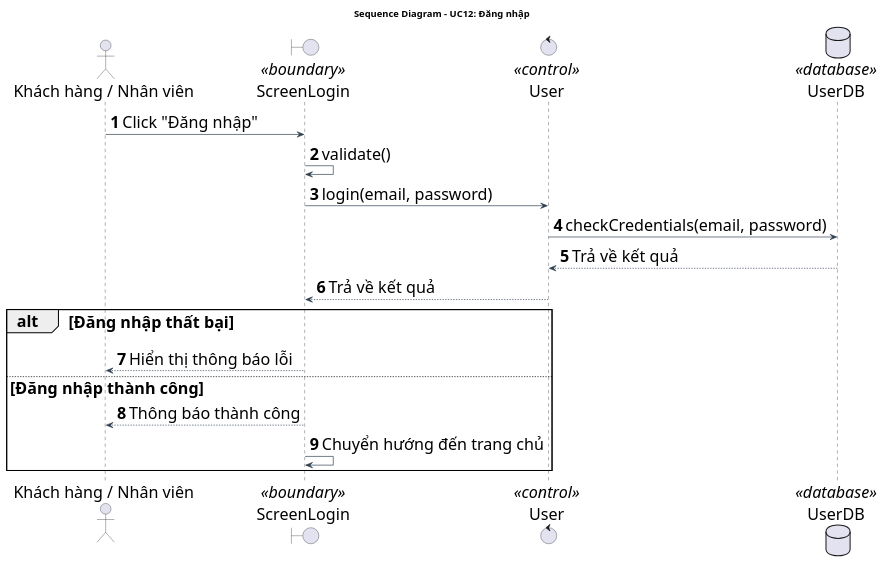
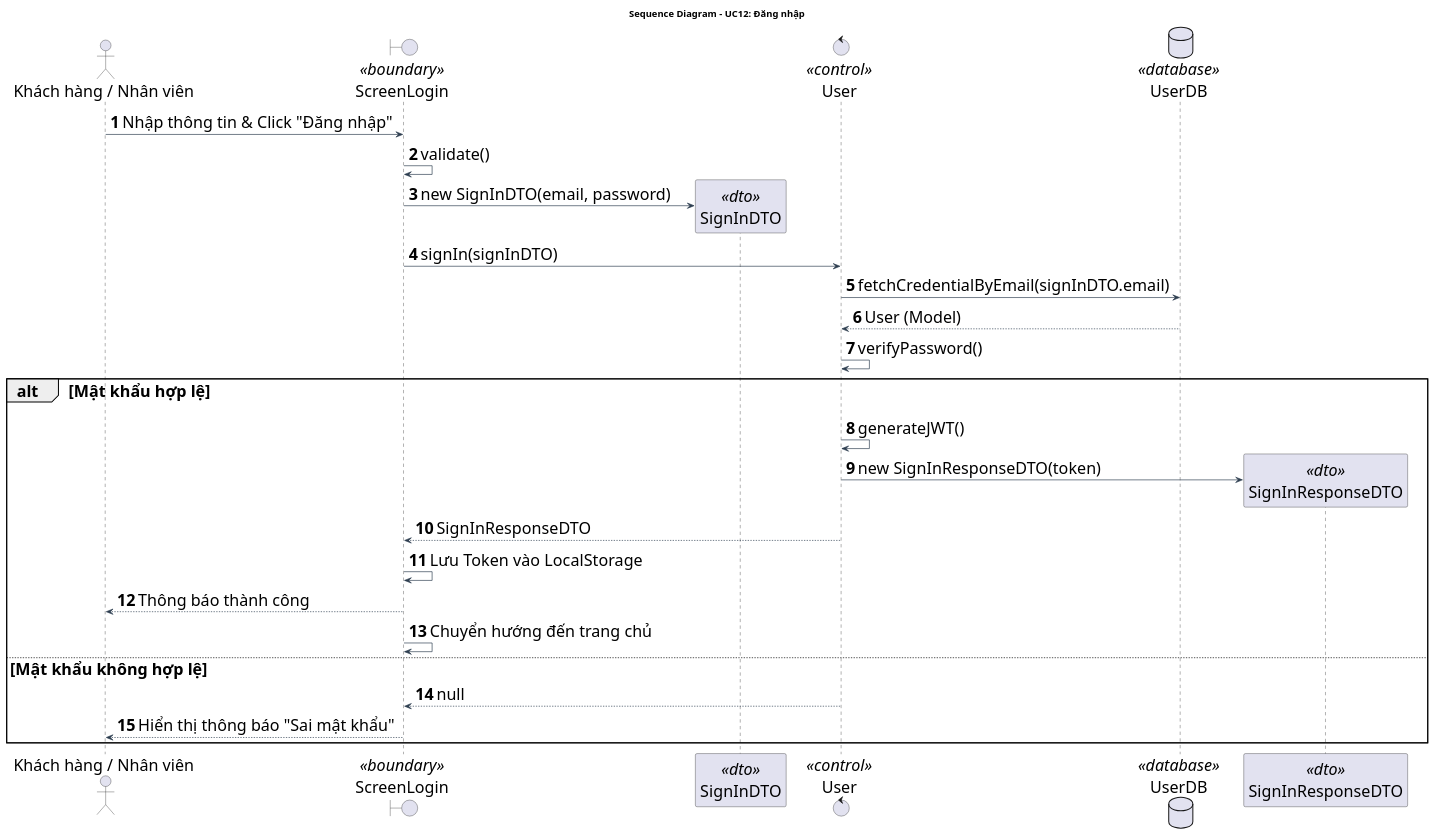
The diagram in doc/system/dang_nhap/DangNhap_SequenceDiagram.wsd (Gnourt812005/HCMUS-Analyze-and-desgin-IS), drawn with PlantUML before and after one commit. The commit also changed 6 other files, not shown here.

```diff
--- a/doc/system/dang_nhap/DangNhap_SequenceDiagram.wsd
+++ b/doc/system/dang_nhap/DangNhap_SequenceDiagram.wsd
@@ -1,35 +1,43 @@
 @startuml DangNhap_SequenceDiagram
 title Sequence Diagram - UC12: Đăng nhập
 
 ' --- STYLE CONFIGURATION ---
 skinparam {
     BackgroundColor White
     ArrowColor #2D3E50
     DefaultFontName "Arial"
     DefaultFontSize 24
     ParticipantPadding 20
     BoxPadding 10
 }
 
 actor "Khách hàng / Nhân viên" as Actor
 boundary "ScreenLogin" as GUI <<boundary>>
+participant "SignInDTO" as DTO <<dto>>
 control "User" as BUS <<control>>
 database "UserDB" as DB <<database>>
+participant "SignInResponseDTO" as RES <<dto>>
 
 autonumber
 
-Actor -> GUI: Click "Đăng nhập"
+Actor -> GUI: Nhập thông tin & Click "Đăng nhập"
 GUI -> GUI: validate()
-GUI -> BUS: login(email, password)
-BUS -> DB: checkCredentials(email, password)
-DB --> BUS: Trả về kết quả
-BUS --> GUI: Trả về kết quả
-alt Đăng nhập thất bại
-    GUI --> Actor: Hiển thị thông báo lỗi
-else Đăng nhập thành công
+GUI -> DTO **: new SignInDTO(email, password)
+GUI -> BUS: signIn(signInDTO)
+BUS -> DB: fetchCredentialByEmail(signInDTO.email)
+DB --> BUS: User (Model)
+BUS -> BUS: verifyPassword()
+alt Mật khẩu hợp lệ
+    BUS -> BUS: generateJWT()
+    BUS -> RES **: new SignInResponseDTO(token)
+    BUS --> GUI: SignInResponseDTO
+    GUI -> GUI: Lưu Token vào LocalStorage
     GUI --> Actor: Thông báo thành công
     GUI -> GUI: Chuyển hướng đến trang chủ
+else Mật khẩu không hợp lệ
+    BUS --> GUI: null
+    GUI --> Actor: Hiển thị thông báo "Sai mật khẩu"
 end
 deactivate GUI
 
 @enduml
```
